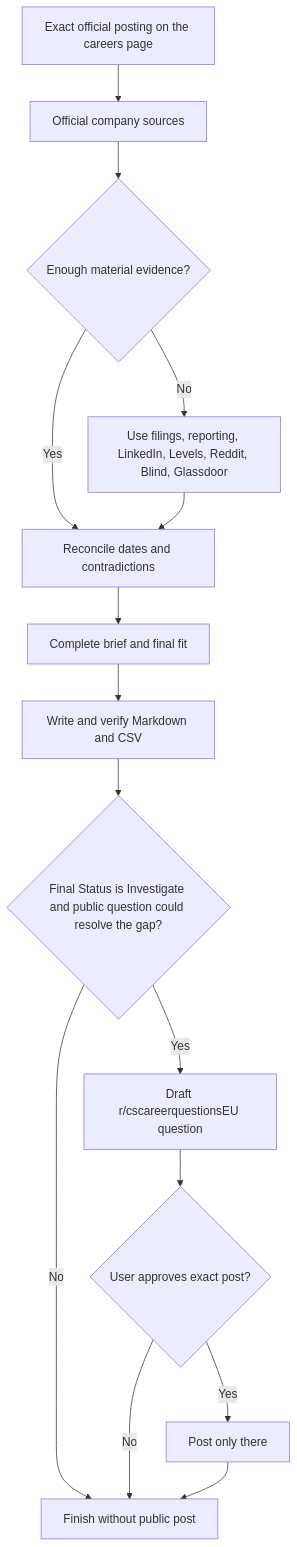
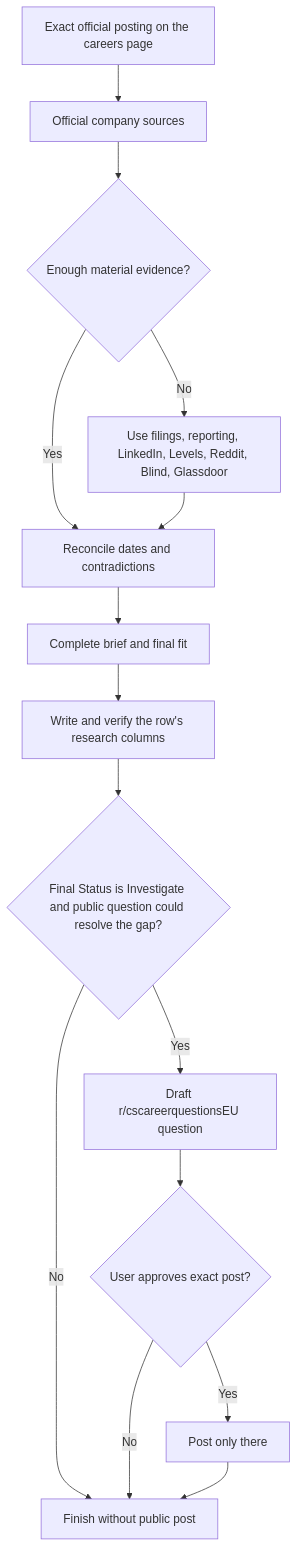
Before and after one commit to fsw0422/skills: the first of 2 diagrams in linkedin-job-pilot/references/company-research.md, drawn with Mermaid. The commit also changed other lines of this file and 9 other files, not shown here.

First line of the commit message:
linkedin-job-pilot: research in tracker columns, next-job preview (#22)

```diff
--- a/linkedin-job-pilot/references/company-research.md
+++ b/linkedin-job-pilot/references/company-research.md
@@ -9,17 +9,17 @@
 ~~~mermaid
 flowchart TD
     A[Exact official posting on the careers page] --> B[Official company sources]
     B --> C{Enough material evidence?}
     C -- No --> D[Use filings, reporting, LinkedIn, Levels, Reddit, Blind, Glassdoor]
     C -- Yes --> E[Reconcile dates and contradictions]
     D --> E
     E --> F[Complete brief and final fit]
-    F --> G[Write and verify Markdown and CSV]
+    F --> G[Write and verify the row's research columns]
     G --> H{Final Status is Investigate and public question could resolve the gap?}
     H -- Yes --> I[Draft r/cscareerquestionsEU question]
     H -- No --> J[Finish without public post]
     I --> K{User approves exact post?}
     K -- Yes --> L[Post only there]
     K -- No --> J
     L --> J
 ~~~
```
